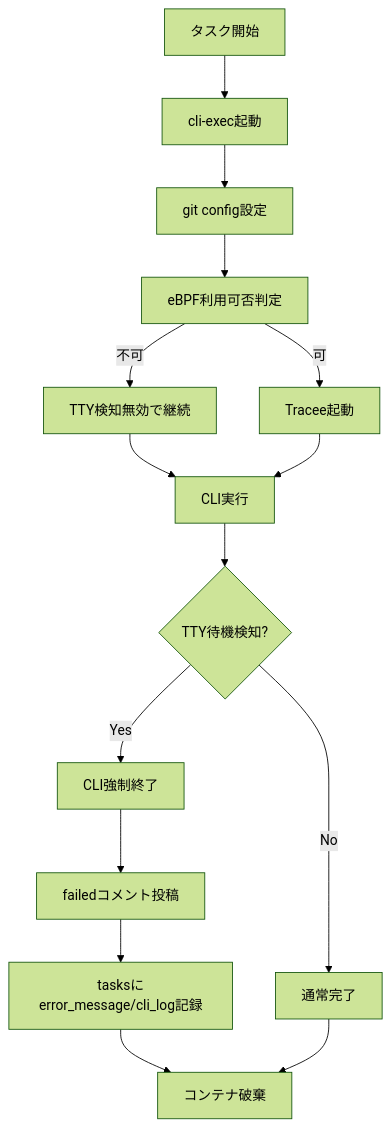
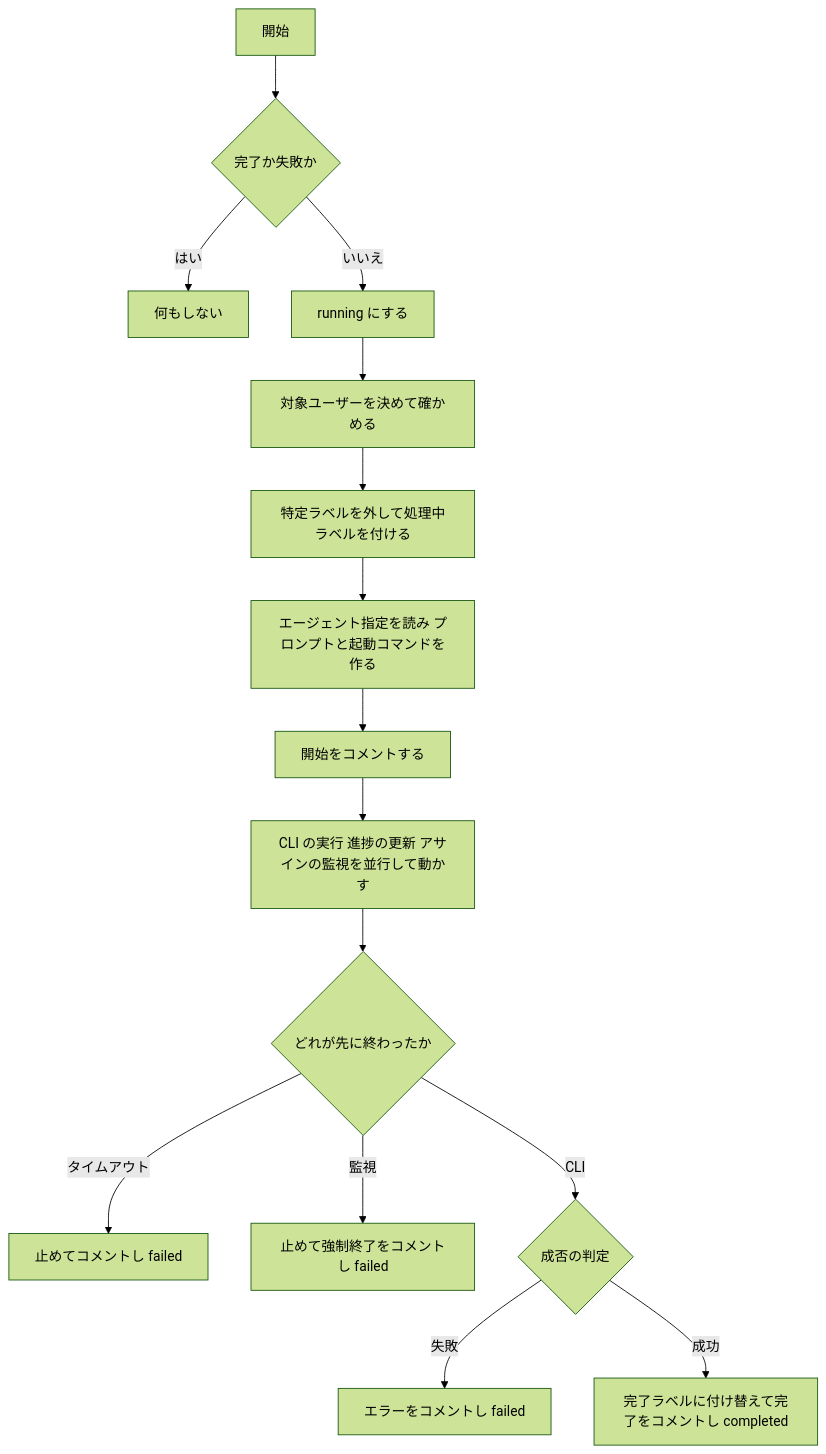
Before and after one commit to notfolder/CodingAgentAutomata: the eighth of 14 diagrams in docs/detail_design.md, drawn with Mermaid (forest theme). The commit also changed other lines of this file and 15 other files, not shown here.

````diff
--- a/docs/detail_design.md
+++ b/docs/detail_design.md
@@ -218,17 +535,17 @@
 ```mermaid
 flowchart TD
-  A[タスク開始] --> B[cli-exec起動]
-  B --> C[git config設定]
-  C --> D[eBPF利用可否判定]
-  D -->|不可| E[TTY検知無効で継続]
-  D -->|可| F[Tracee起動]
-  E --> G[CLI実行]
-  F --> G
-  G --> H{TTY待機検知?}
-  H -->|Yes| I[CLI強制終了]
-  I --> J[failedコメント投稿]
-  J --> K[tasksにerror_message/cli_log記録]
-  H -->|No| L[通常完了]
-  K --> M[コンテナ破棄]
-  L --> M
+    A[開始] --> B{完了か失敗か}
+    B -->|はい| Z[何もしない]
+    B -->|いいえ| C[running にする]
+    C --> D[対象ユーザーを決めて確かめる]
+    D --> E[特定ラベルを外して処理中ラベルを付ける]
+    E --> F[エージェント指定を読み プロンプトと起動コマンドを作る]
+    F --> G[開始をコメントする]
+    G --> H[CLI の実行 進捗の更新 アサインの監視を並行して動かす]
+    H --> I{どれが先に終わったか}
+    I -->|タイムアウト| T[止めてコメントし failed]
+    I -->|監視| U[止めて強制終了をコメントし failed]
+    I -->|CLI| J{成否の判定}
+    J -->|失敗| K[エラーをコメントし failed]
+    J -->|成功| L[完了ラベルに付け替えて完了をコメントし completed]
 ```
````
